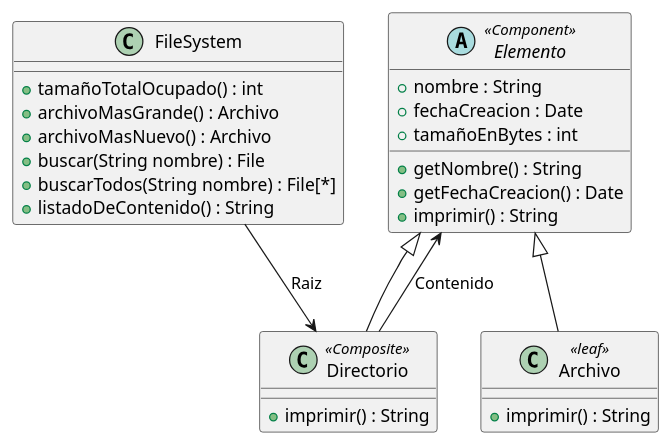
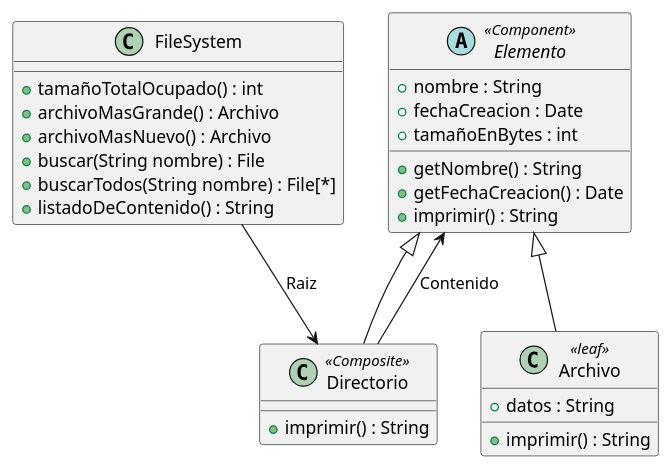
One commit to BautistaMarquez/Tercero-PrimerCuatrimestre changed the diagram in Objetos 2/UMLs/Ejercicio12Patrones.puml. Above: the diagram before and after it, drawn with PlantUML. The commit also changed 4 other files, not shown here.

```diff
--- a/Objetos 2/UMLs/Ejercicio12Patrones.puml
+++ b/Objetos 2/UMLs/Ejercicio12Patrones.puml
@@ -1,35 +1,37 @@
 @startuml Ejercicio12 
 'El FileSystem solamente tendria la raiz? Pero esta raiz sabemos que es un directorio, entonces?'
 'Si se plantea de esta forma, el FileSystem no es un Client, queda como raro pero osea, sabemos que el FileSystem tiene un directorio osea tiene todo pero solamente tiene la referencia a la raiz'
 FileSystem --> Directorio : Raiz 
 Elemento <|-- Archivo 
 Elemento <|-- Directorio 
 Elemento <-- Directorio : Contenido
 
 class FileSystem{
     +tamañoTotalOcupado() : int
     +archivoMasGrande() : Archivo 
     +archivoMasNuevo() : Archivo 
     +buscar(String nombre) : File 
     +buscarTodos(String nombre) : File[*]
     +listadoDeContenido() : String
 }
 
 Abstract class Elemento <<Component>>{
     +nombre : String 
     +fechaCreacion : Date 
     +tamañoEnBytes : int
     +getNombre() : String 
     +getFechaCreacion() : Date 
     +imprimir() : String
 } 
 
+'Esta bien que los datos sean un String? No se es muy claro. Supongo no importa mucho que contiene tampoco'
 class Archivo <<leaf>>{
+    +datos : String 
     +imprimir() : String
 }
 
 class Directorio <<Composite>>{
     +imprimir() : String
 }
 
 @enduml
```
